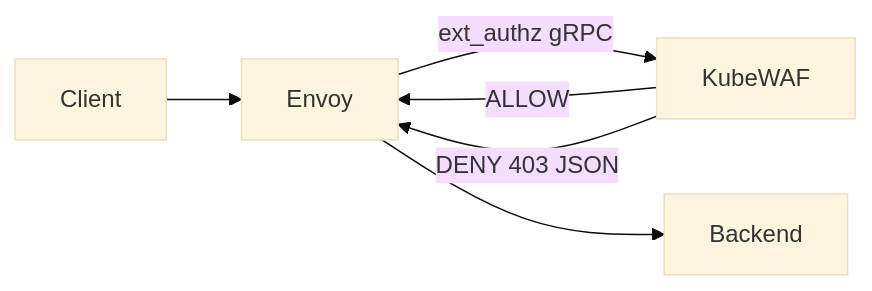
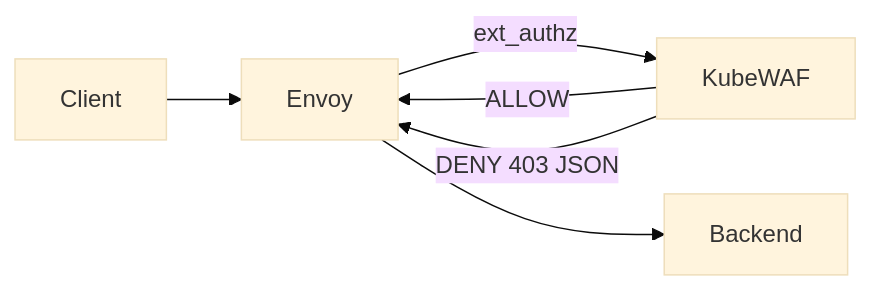
One commit to zazathomas/Envoy-kubeWAF changed the diagram in README.md. Above: the diagram before and after it, drawn with Mermaid (base theme). The commit also changed other lines of this file, not shown here.

Commit message:
Rename kubeWAF to Envoy-kubeWAF in README
Updated project name from 'kubeWAF' to 'Envoy-kubeWAF' in README.

````diff
--- a/README.md
+++ b/README.md
@@ -5,8 +5,8 @@
 ```mermaid
 flowchart LR
   Client --> Envoy
-  Envoy -->|ext_authz gRPC| KubeWAF
+  Envoy -->|ext_authz | KubeWAF
   KubeWAF -->|ALLOW| Envoy
   Envoy --> Backend
   KubeWAF -->|DENY 403 JSON| Envoy
 ```
````
